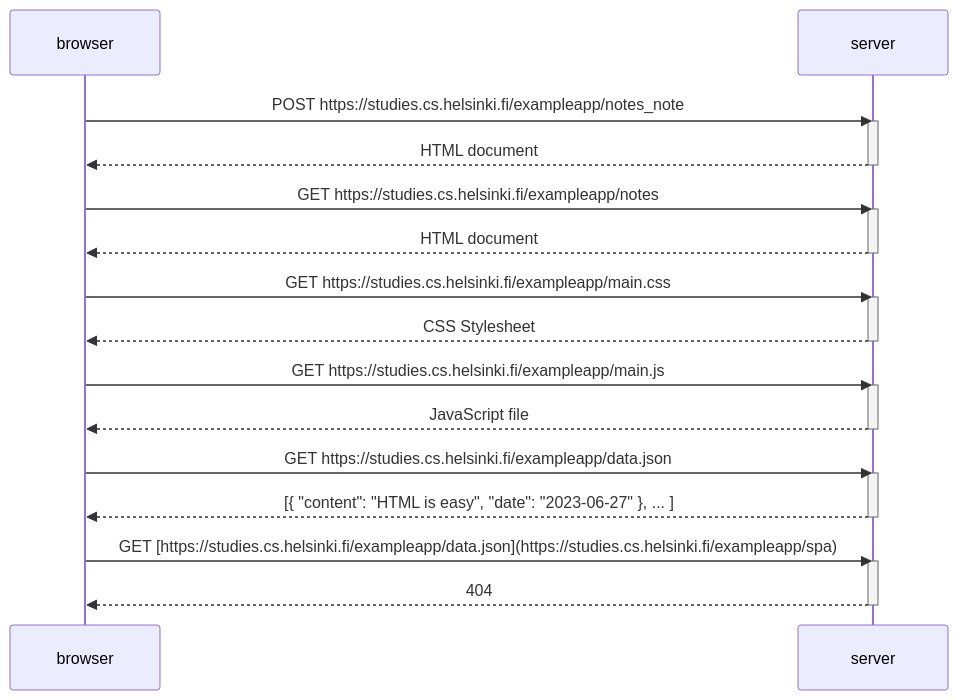
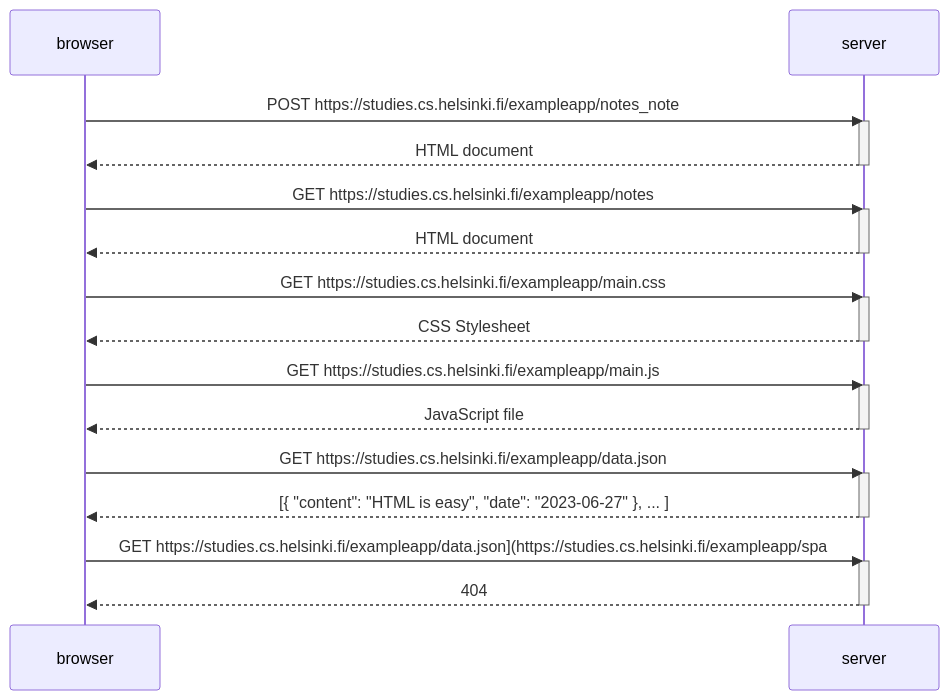
One commit to DJGofficial/WebFullstackJS changed the diagram in part0/singleAppDiagram.md. Above: the diagram before and after it, drawn with Mermaid.

````diff
--- a/part0/singleAppDiagram.md
+++ b/part0/singleAppDiagram.md
@@ -1,35 +1,35 @@
 ```mermaid
 sequenceDiagram 
 participant browser 
 participant server
 
 browser->>server: POST https://studies.cs.helsinki.fi/exampleapp/notes_note
 activate server
 server-->>browser: HTML document
 deactivate server
 
 browser->>server: GET https://studies.cs.helsinki.fi/exampleapp/notes
 activate server
 server-->>browser: HTML document
 deactivate server
 
 browser->>server: GET https://studies.cs.helsinki.fi/exampleapp/main.css
 activate server
 server-->>browser: CSS Stylesheet
 deactivate server
 
 browser->>server: GET https://studies.cs.helsinki.fi/exampleapp/main.js
 activate server
 server-->>browser: JavaScript file
 deactivate server
 
 browser->>server: GET https://studies.cs.helsinki.fi/exampleapp/data.json
 activate server
 server-->>browser: [{ "content": "HTML is easy", "date": "2023-06-27" }, ... ]
 deactivate server
 
-browser->>server: GET [https://studies.cs.helsinki.fi/exampleapp/data.json](https://studies.cs.helsinki.fi/exampleapp/spa)
+browser->>server: GET https://studies.cs.helsinki.fi/exampleapp/data.json](https://studies.cs.helsinki.fi/exampleapp/spa
 activate server
 server-->>browser: 404
 deactivate server
 ```
````
